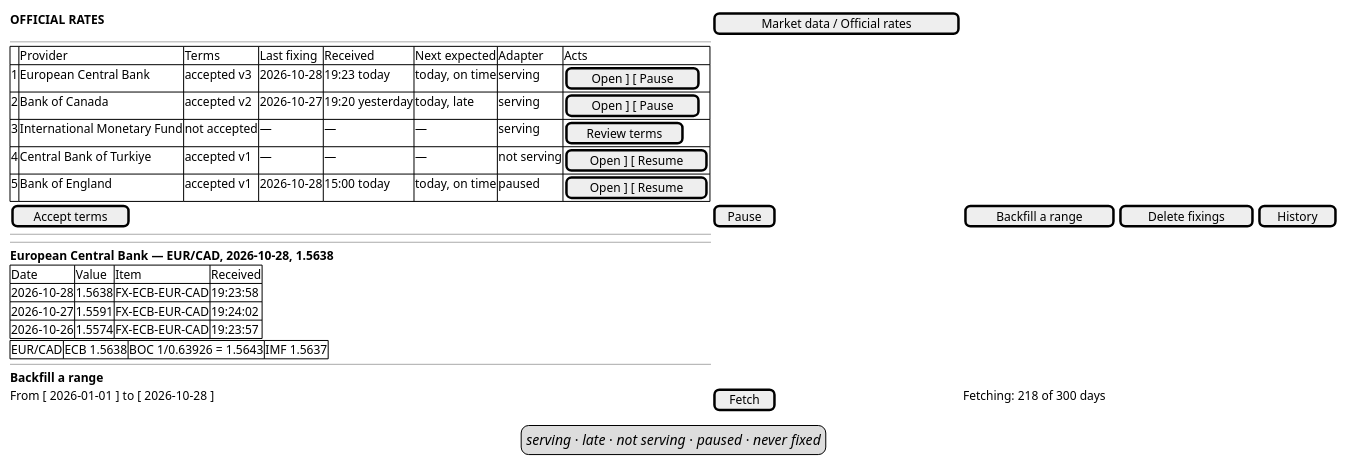
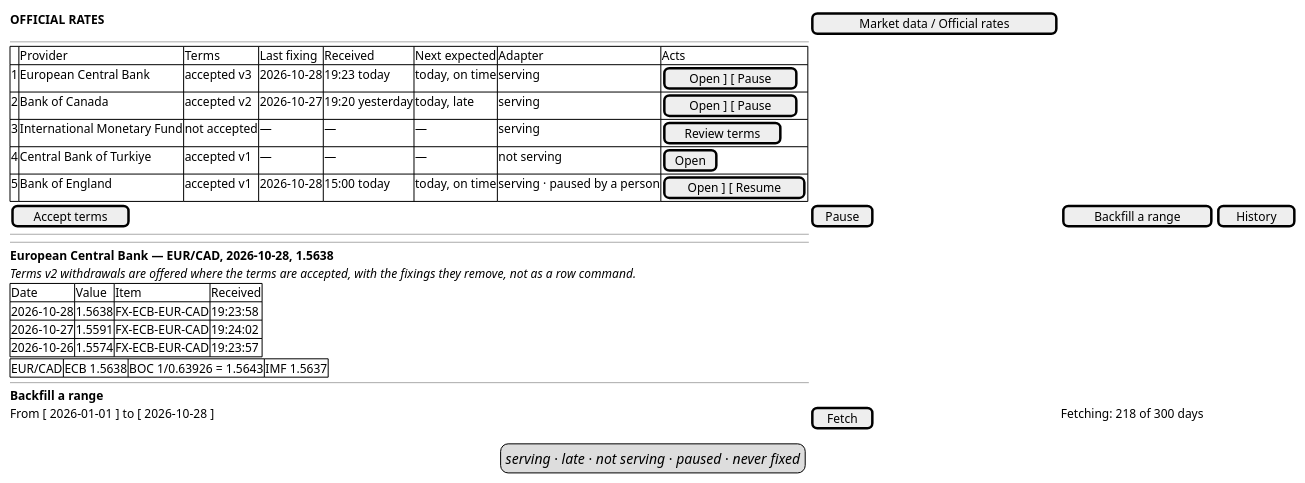
One commit to OreStudio/OreStudio changed the diagram in doc/knowledge/journeys/market_data/wireframe_run-the-public-sources.puml. Above: the diagram before and after it, drawn with PlantUML. The commit also changed 9 other files, not shown here.

```diff
--- a/doc/knowledge/journeys/market_data/wireframe_run-the-public-sources.puml
+++ b/doc/knowledge/journeys/market_data/wireframe_run-the-public-sources.puml
@@ -18,34 +18,35 @@
 @startuml
 
 salt
 {
   <b>OFFICIAL RATES</b> | [ Market data / Official rates ]
   --
   {#
     . | Provider | Terms | Last fixing | Received | Next expected | Adapter | Acts
     1 | European Central Bank | accepted v3 | 2026-10-28 | 19:23 today | today, on time | serving | [ Open ] [ Pause ]
     2 | Bank of Canada | accepted v2 | 2026-10-27 | 19:20 yesterday | today, late | serving | [ Open ] [ Pause ]
     3 | International Monetary Fund | not accepted | — | — | — | serving | [ Review terms ]
-    4 | Central Bank of Turkiye | accepted v1 | — | — | — | not serving | [ Open ] [ Resume ]
-    5 | Bank of England | accepted v1 | 2026-10-28 | 15:00 today | today, on time | paused | [ Open ] [ Resume ]
+    4 | Central Bank of Turkiye | accepted v1 | — | — | — | not serving | [ Open ]
+    5 | Bank of England | accepted v1 | 2026-10-28 | 15:00 today | today, on time | serving · paused by a person | [ Open ] [ Resume ]
   }
-  [ Accept terms ] | [ Pause ] | [ Backfill a range ] | [ Delete fixings ] | [ History ]
+  [ Accept terms ] | [ Pause ] | [ Backfill a range ] | [ History ]
   --
   Legend: <i>serving</i> · <i>late</i> · <i>not serving</i> · <i>paused</i> · <i>never fixed</i>
   --
   <b>European Central Bank — EUR/CAD, 2026-10-28, 1.5638</b>
+  <i>Terms v2 withdrawals are offered where the terms are accepted, with the fixings they remove, not as a row command.</i>
   {#
     Date | Value | Item | Received
     2026-10-28 | 1.5638 | FX-ECB-EUR-CAD | 19:23:58
     2026-10-27 | 1.5591 | FX-ECB-EUR-CAD | 19:24:02
     2026-10-26 | 1.5574 | FX-ECB-EUR-CAD | 19:23:57
   }
   {#
     EUR/CAD | ECB 1.5638 | BOC 1/0.63926 = 1.5643 | IMF 1.5637
   }
   --
   <b>Backfill a range</b>
   From [ 2026-01-01 ] to [ 2026-10-28 ] | [ Fetch ] | Fetching: 218 of 300 days
 }
 
 @enduml
```
